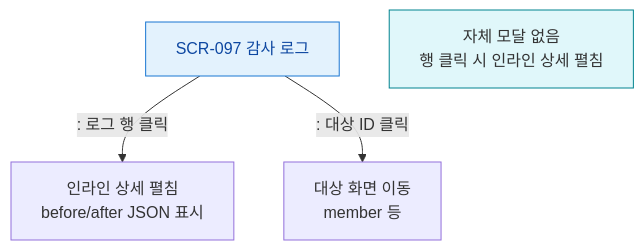
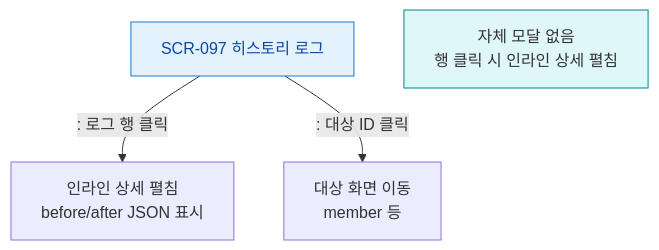
Before and after one commit to dev-spogym/admin-pando: the diagram in docs/admin/다이어그램/D10_본사관리/SCR-097_감사로그/F5_모달트리거.md, drawn with Mermaid. The commit also changed other lines of this file and 442 other files, not shown here.

````diff
--- a/docs/admin/다이어그램/D10_본사관리/SCR-097_감사로그/F5_모달트리거.md
+++ b/docs/admin/다이어그램/D10_본사관리/SCR-097_감사로그/F5_모달트리거.md
@@ -12,14 +12,14 @@
 ```mermaid
 flowchart TD
-  SCR_097[SCR-097 감사 로그]
+  SCR_097[SCR-097 히스토리 로그]
   Note[자체 모달 없음\n행 클릭 시 인라인 상세 펼침]
 
   SCR_097 -->|": 로그 행 클릭"|InlineDetail[인라인 상세 펼침\nbefore/after JSON 표시]
   SCR_097 -->|": 대상 ID 클릭"|NavTarget[대상 화면 이동\nmember 등]
 
   classDef screen fill:#E3F2FD,stroke:#1976D2,color:#0D47A1
   classDef info fill:#E0F7FA,stroke:#00838F
 
   class SCR_097 screen
   class Note info
 ```
````
